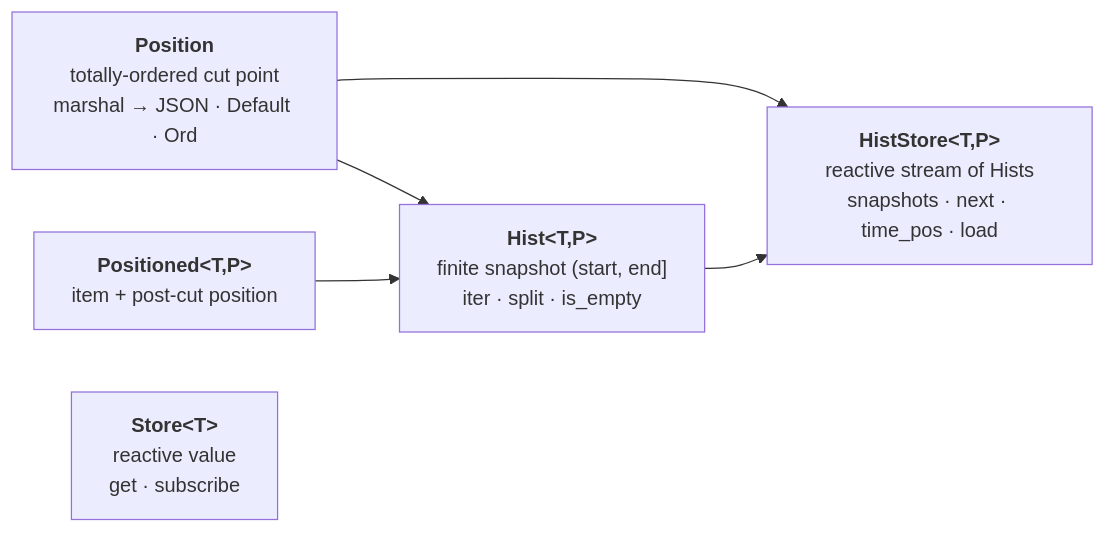
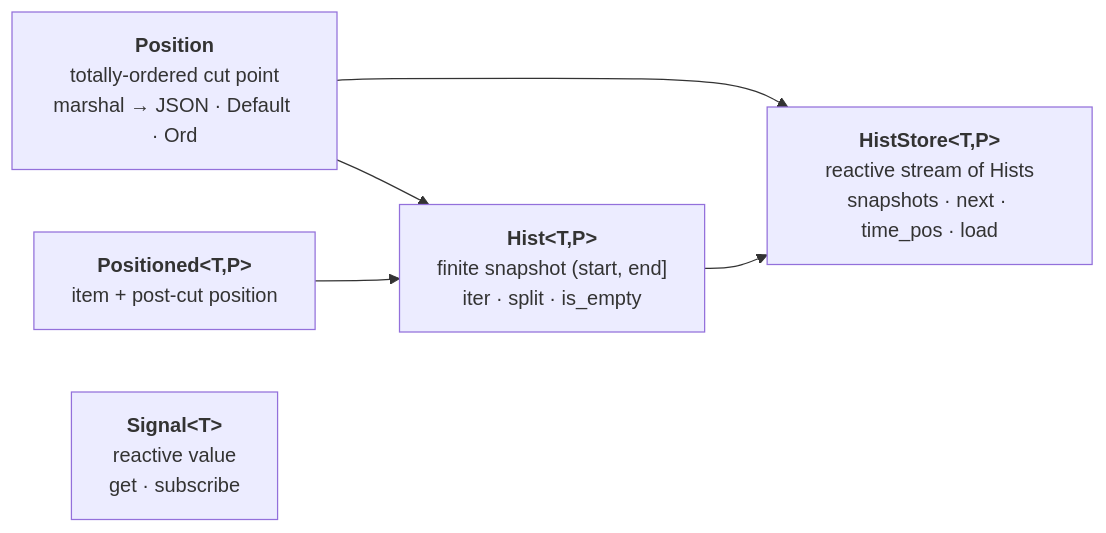
One commit to nikicat/chainfold changed the third of 12 diagrams in docs/ARCHITECTURE.md. Above: the diagram before and after it, drawn with Mermaid. The commit also changed other lines of this file and 11 other files, not shown here.

First line of the commit message:
refactor(arch): rename reactive Store<T> → Signal<T> (R5)

````diff
--- a/docs/ARCHITECTURE.md
+++ b/docs/ARCHITECTURE.md
@@ -218,13 +218,13 @@
 ```mermaid
 flowchart LR
     Position["<b>Position</b><br/>totally-ordered cut point<br/>marshal → JSON · Default · Ord"]
     Positioned["<b>Positioned&lt;T,P&gt;</b><br/>item + post-cut position"]
     Hist["<b>Hist&lt;T,P&gt;</b><br/>finite snapshot (start, end]<br/>iter · split · is_empty"]
     HistStore["<b>HistStore&lt;T,P&gt;</b><br/>reactive stream of Hists<br/>snapshots · next · time_pos · load"]
-    Store["<b>Store&lt;T&gt;</b><br/>reactive value<br/>get · subscribe"]
+    Signal["<b>Signal&lt;T&gt;</b><br/>reactive value<br/>get · subscribe"]
 
     Position --> Hist
     Position --> HistStore
     Positioned --> Hist
     Hist --> HistStore
 ```
````
